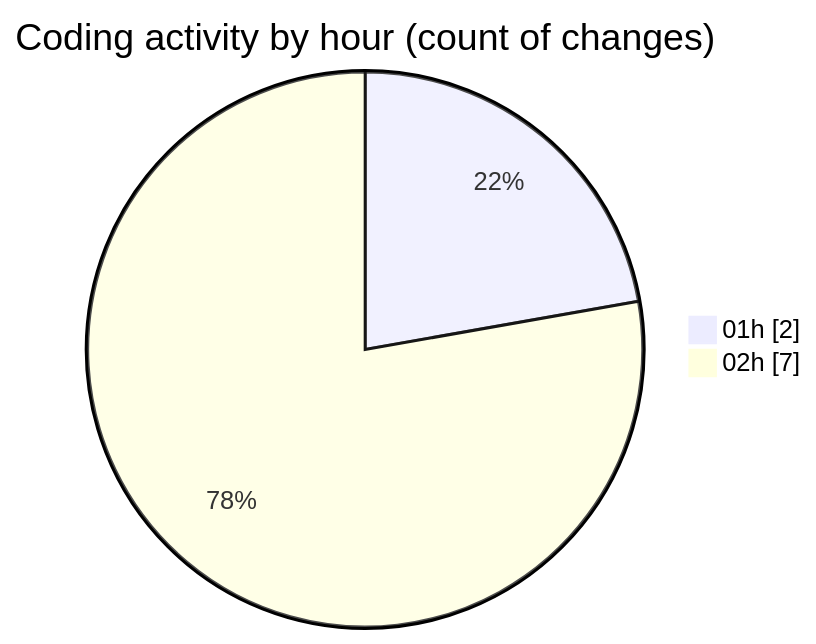
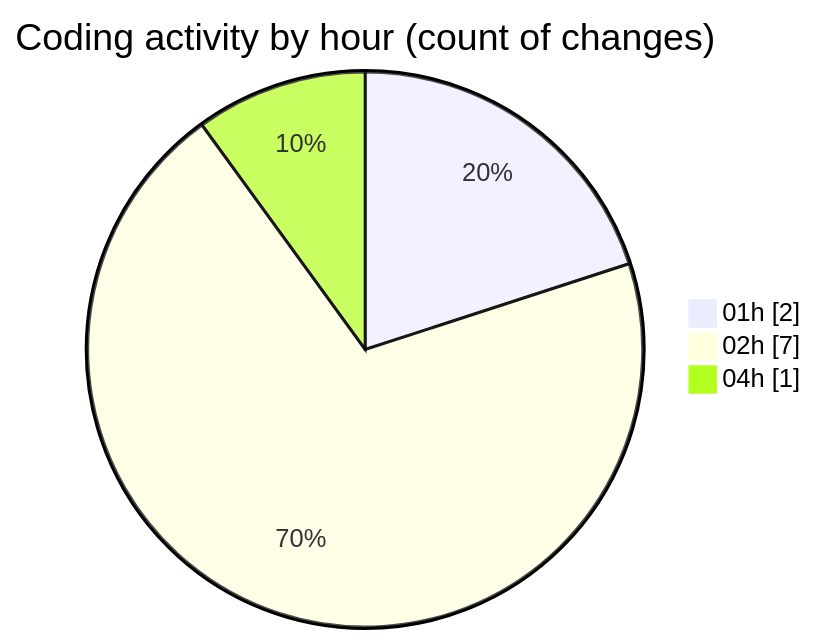
Before and after one commit to lephambinh05/code-tracking: the second of 2 diagrams in 2025-08-11/rentotp/README.md, drawn with Mermaid. The commit also changed other lines of this file and 1 other file, not shown here.

````diff
--- a/2025-08-11/rentotp/README.md
+++ b/2025-08-11/rentotp/README.md
@@ -29,6 +29,7 @@
 ```mermaid
 pie showData
 title Coding activity by hour (count of changes)
 "01h" : 2
 "02h" : 7
+"04h" : 1
 ```
````
